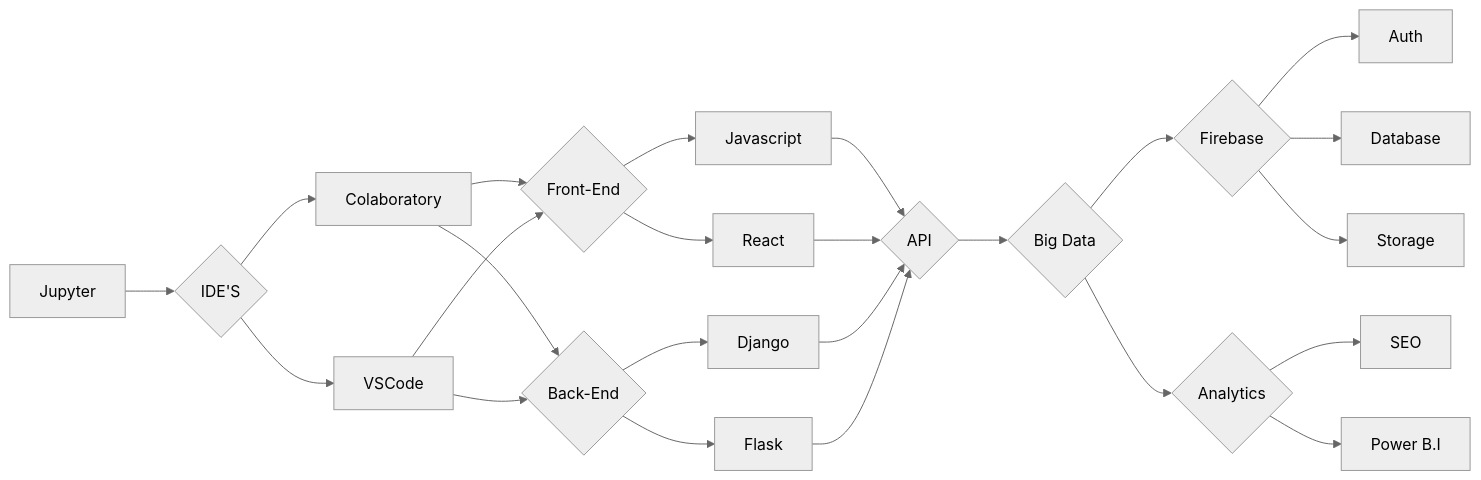
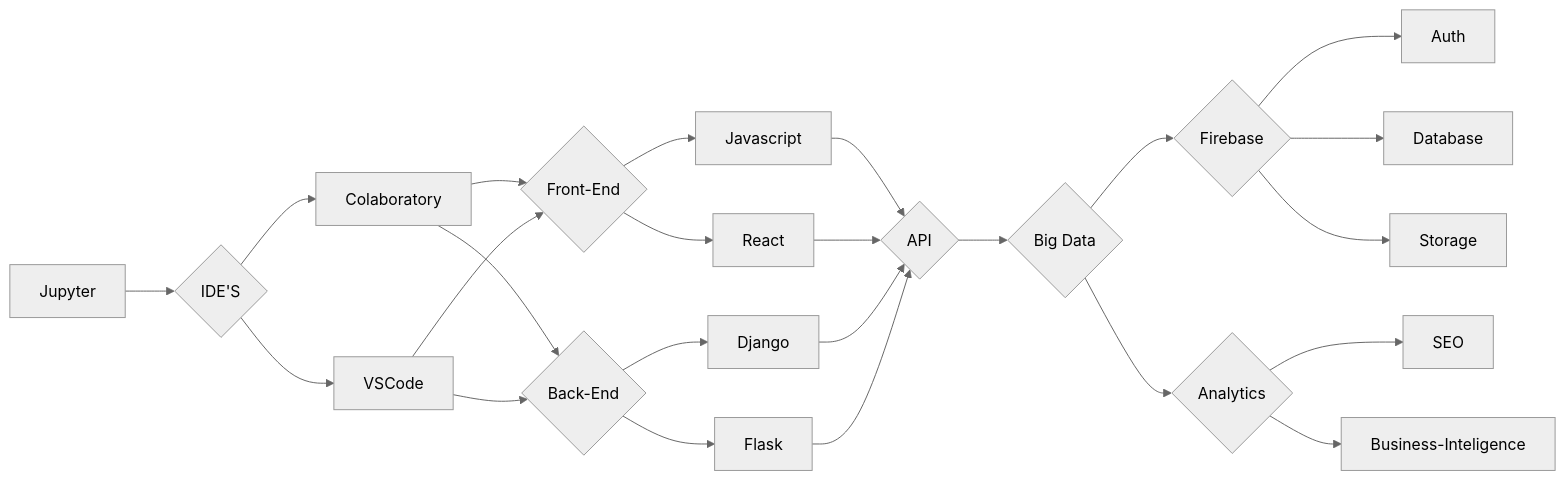
One commit to SauloCandeira/SauloCandeira changed the first of 2 diagrams in README.md. Above: the diagram before and after it, drawn with Mermaid (neutral theme).

````diff
--- a/README.md
+++ b/README.md
@@ -61,35 +61,35 @@
 ```mermaid
 flowchart LR
 
 M[Jupyter] --> Z{IDE'S} 
 
 Z{IDE'S} --> K[Colaboratory]
 Z  --> L
 
 K[Colaboratory] --> A{Front-End} 
 K --> B{Back-End}
 L[VSCode] --> A{Front-End} 
 L --> B{Back-End}
 
 A{Front-End} --> I[Javascript] --> O{API} 
 A{Front-End} --> J[React] --> O{API} 
 
 B{Back-End} --> G[Django] --> O{API} 
 B{Back-End} --> H[Flask] --> O{API} 
 
 
 
 O{API} --> N{Big Data}
 
 
 N{Big Data} --> C{Firebase}
 N --> P{Analytics}
 
 P --> Q[SEO]
-P --> R[Power B.I]
+P --> R[Business-Inteligence]
 
 
 C --> D[Auth]
 C --> E[Database]
 C --> F[Storage]
 ```
````
